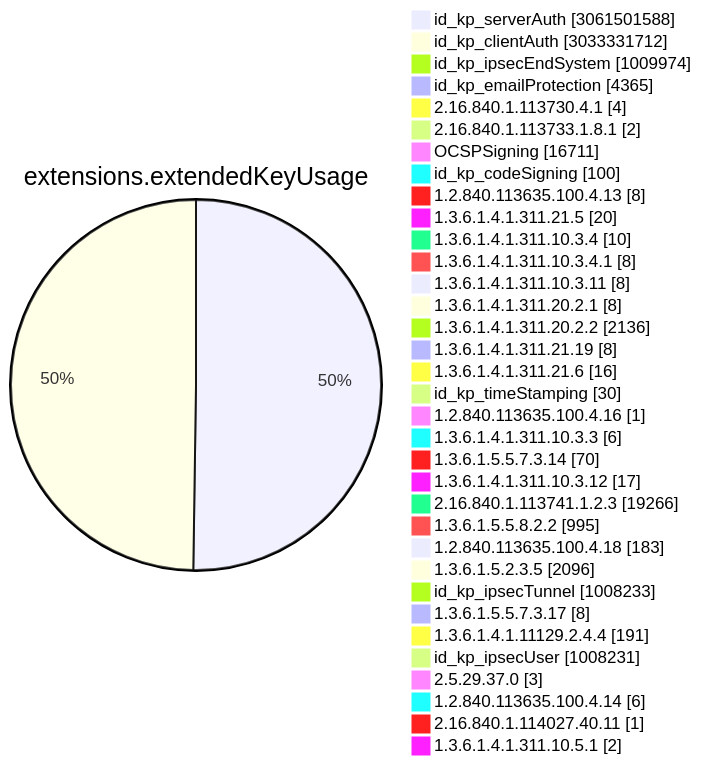
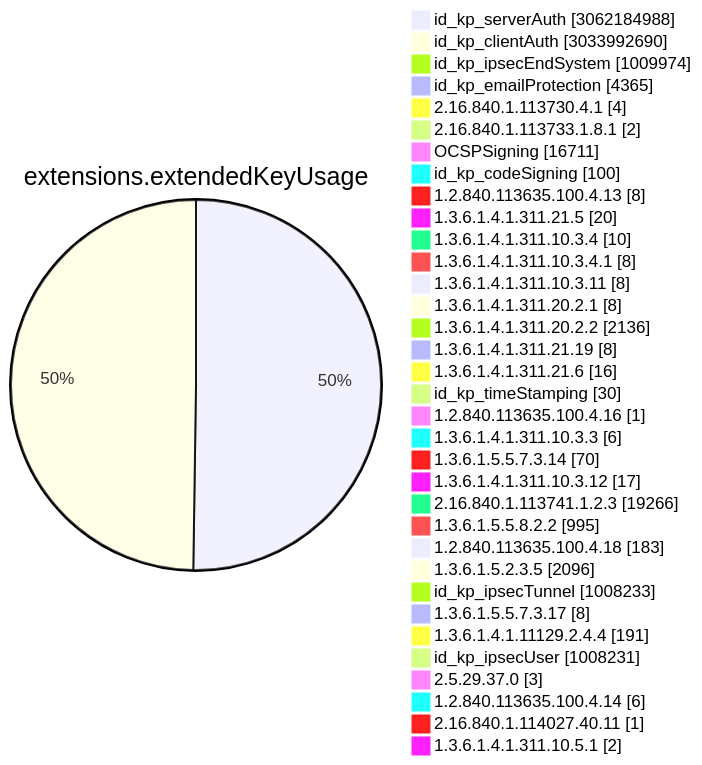
One commit to christiankrug/ctmonitor_visualization changed diagram 11 of 15 in TOTAL/README.md. Above: the diagram before and after it, drawn with Mermaid. The commit also changed other lines of this file, not shown here.

````diff
--- a/TOTAL/README.md
+++ b/TOTAL/README.md
@@ -4117,38 +4117,38 @@
 ```mermaid
 pie showData
 title extensions.extendedKeyUsage
-"id_kp_serverAuth" :3061501588
-"id_kp_clientAuth" :3033331712
+"id_kp_serverAuth" :3062184988
+"id_kp_clientAuth" :3033992690
 "id_kp_ipsecEndSystem" :1009974
 "id_kp_emailProtection" :4365
 "2.16.840.1.113730.4.1" :4
 "2.16.840.1.113733.1.8.1" :2
 "OCSPSigning" :16711
 "id_kp_codeSigning" :100
 "1.2.840.113635.100.4.13" :8
 "1.3.6.1.4.1.311.21.5" :20
 "1.3.6.1.4.1.311.10.3.4" :10
 "1.3.6.1.4.1.311.10.3.4.1" :8
 "1.3.6.1.4.1.311.10.3.11" :8
 "1.3.6.1.4.1.311.20.2.1" :8
 "1.3.6.1.4.1.311.20.2.2" :2136
 "1.3.6.1.4.1.311.21.19" :8
 "1.3.6.1.4.1.311.21.6" :16
 "id_kp_timeStamping" :30
 "1.2.840.113635.100.4.16" :1
 "1.3.6.1.4.1.311.10.3.3" :6
 "1.3.6.1.5.5.7.3.14" :70
 "1.3.6.1.4.1.311.10.3.12" :17
 "2.16.840.1.113741.1.2.3" :19266
 "1.3.6.1.5.5.8.2.2" :995
 "1.2.840.113635.100.4.18" :183
 "1.3.6.1.5.2.3.5" :2096
 "id_kp_ipsecTunnel" :1008233
 "1.3.6.1.5.5.7.3.17" :8
 "1.3.6.1.4.1.11129.2.4.4" :191
 "id_kp_ipsecUser" :1008231
 "2.5.29.37.0" :3
 "1.2.840.113635.100.4.14" :6
 "2.16.840.1.114027.40.11" :1
 "1.3.6.1.4.1.311.10.5.1" :2
 ```
````
